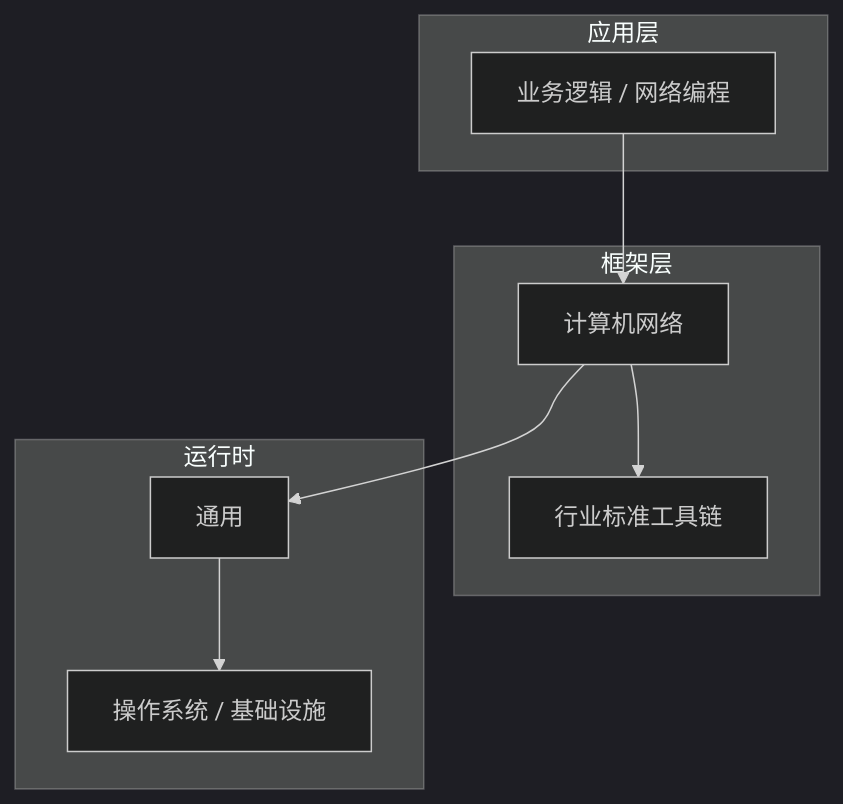
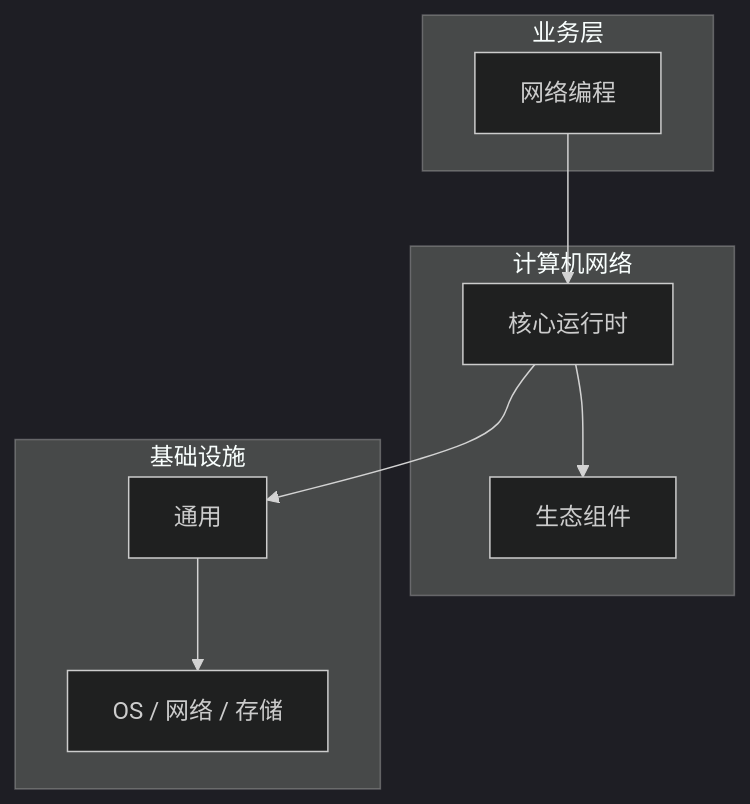
Before and after one commit to yanggan2015/knowledge-json-v2: the diagram in articles/计算机网络/chapters/073-网络编程核心概念与原理.md, drawn with Mermaid (dark theme). The commit also changed other lines of this file and 10127 other files, not shown here.

````diff
--- a/articles/计算机网络/chapters/073-网络编程核心概念与原理.md
+++ b/articles/计算机网络/chapters/073-网络编程核心概念与原理.md
@@ -45,18 +34,18 @@
 ```mermaid
 graph TB
-    subgraph 应用层
-        A[业务逻辑 / 网络编程]
+    subgraph 业务层
+        A[网络编程]
     end
-    subgraph 框架层
-        B[计算机网络]
-        C[行业标准工具链]
+    subgraph 计算机网络
+        B[核心运行时]
+        C[生态组件]
     end
-    subgraph 运行时
+    subgraph 基础设施
         D[通用]
-        E[操作系统 / 基础设施]
+        E[OS / 网络 / 存储]
     end
     A --> B
     B --> C
     B --> D
     D --> E
 ```
````
